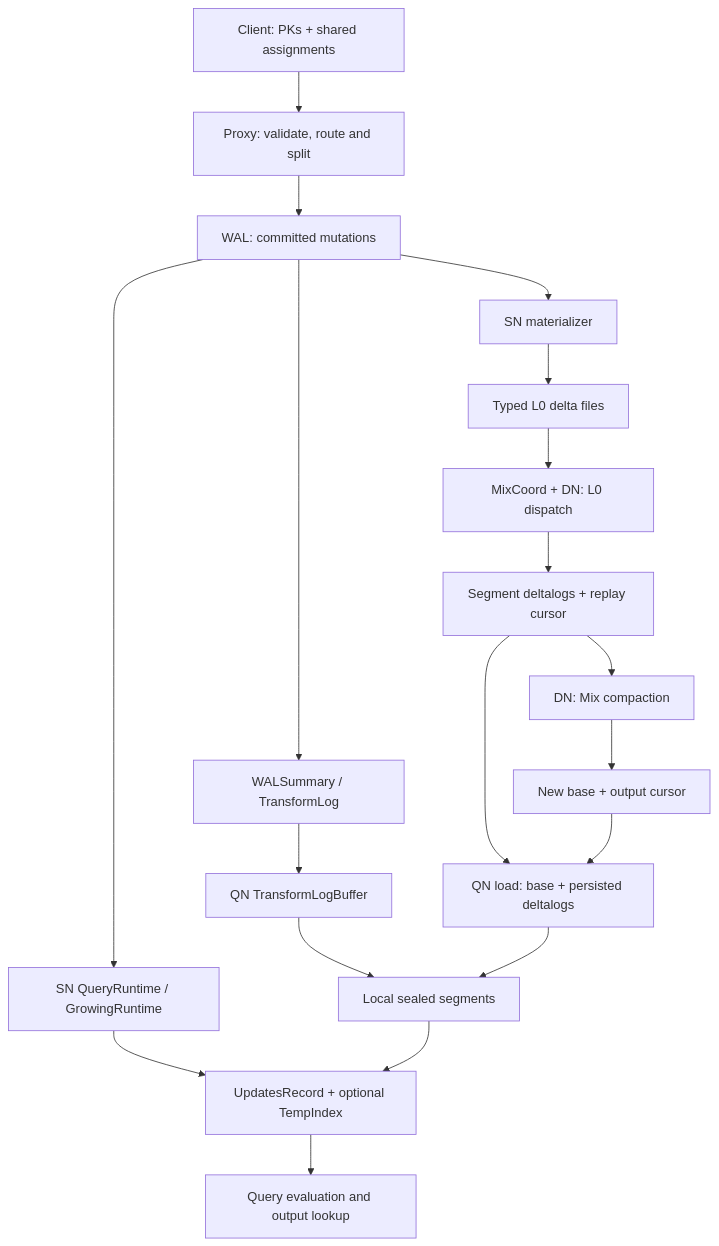
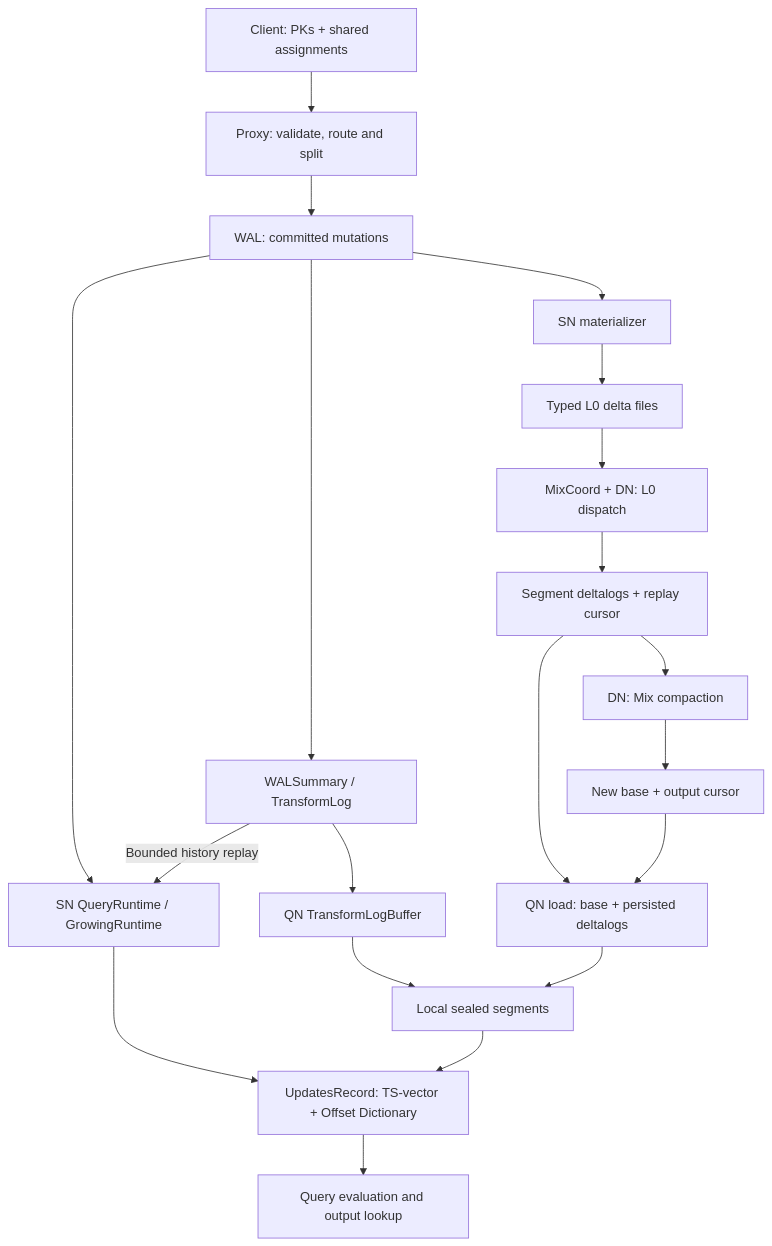
Before and after one commit to milvus-io/milvus: the first of 5 diagrams in docs/design-docs/design_docs/20261109-pk-inplace-update-design.md, drawn with Mermaid. The commit also changed other lines of this file and 2 other files, not shown here.

First line of the commit message:
doc: align PK-update implementation with TS-vector storage

````diff
--- a/docs/design-docs/design_docs/20261109-pk-inplace-update-design.md
+++ b/docs/design-docs/design_docs/20261109-pk-inplace-update-design.md
@@ -25,21 +25,22 @@
 ```mermaid
 flowchart TD
   Client["Client: PKs + shared assignments"] --> Proxy["Proxy: validate, route and split"]
   Proxy --> WAL["WAL: committed mutations"]
   WAL --> Materializer["SN materializer"]
   Materializer --> L0["Typed L0 delta files"]
   L0 --> Dispatch["MixCoord + DN: L0 dispatch"]
   Dispatch --> Logs["Segment deltalogs + replay cursor"]
   Logs --> Mix["DN: Mix compaction"]
   Mix --> Base["New base + output cursor"]
   WAL --> Growing["SN QueryRuntime / GrowingRuntime"]
   WAL --> Summary["WALSummary / TransformLog"]
+  Summary -->|Bounded history replay| Growing
   Summary --> Buffer["QN TransformLogBuffer"]
   Buffer --> Sealed["Local sealed segments"]
   Logs --> Load["QN load: base + persisted deltalogs"]
   Base --> Load
   Load --> Sealed
-  Growing --> Records["UpdatesRecord + optional TempIndex"]
+  Growing --> Records["UpdatesRecord: TS-vector + Offset Dictionary"]
   Sealed --> Records
   Records --> Query["Query evaluation and output lookup"]
 ```
````
